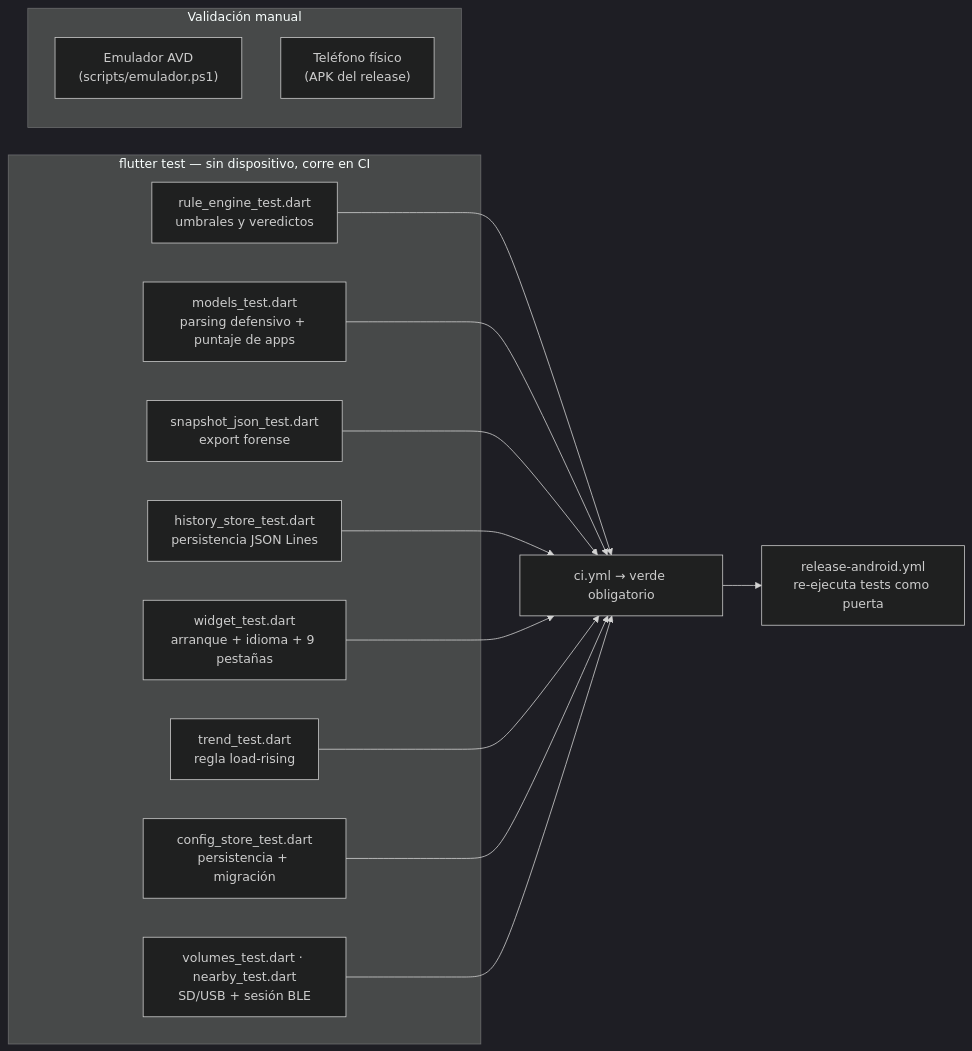
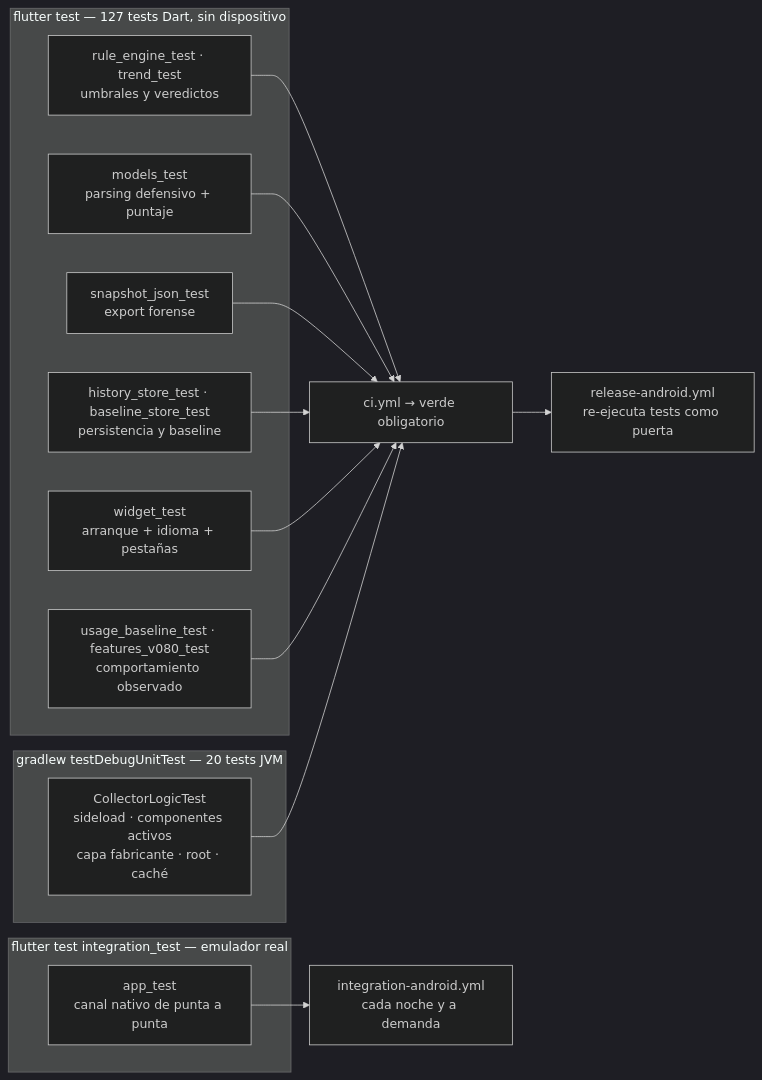
The diagram in docs/TESTING.md (vladimiracunadev-create/rootcause-mobile-inspector), drawn with Mermaid (dark theme) before and after one commit. The commit also changed other lines of this file and 45 other files, not shown here.

````diff
--- a/docs/TESTING.md
+++ b/docs/TESTING.md
@@ -5,19 +5,21 @@
 ```mermaid
 flowchart LR
-    subgraph JVM["flutter test — sin dispositivo, corre en CI"]
-        T1["rule_engine_test.dart<br/>umbrales y veredictos"]
-        T2["models_test.dart<br/>parsing defensivo + puntaje de apps"]
-        T3["snapshot_json_test.dart<br/>export forense"]
-        T4["history_store_test.dart<br/>persistencia JSON Lines"]
-        T5["widget_test.dart<br/>arranque + idioma + 9 pestañas"]
-        T6["trend_test.dart<br/>regla load-rising"]
-        T7["config_store_test.dart<br/>persistencia + migración"]
-        T8["volumes_test.dart · nearby_test.dart<br/>SD/USB + sesión BLE"]
+    subgraph DART["flutter test — 127 tests Dart, sin dispositivo"]
+        T1["rule_engine_test · trend_test<br/>umbrales y veredictos"]
+        T2["models_test<br/>parsing defensivo + puntaje"]
+        T3["snapshot_json_test<br/>export forense"]
+        T4["history_store_test · baseline_store_test<br/>persistencia y baseline"]
+        T5["widget_test<br/>arranque + idioma + pestañas"]
+        T6["usage_baseline_test · features_v080_test<br/>comportamiento observado"]
     end
-    subgraph MANUAL["Validación manual"]
-        E["Emulador AVD<br/>(scripts/emulador.ps1)"]
-        F["Teléfono físico<br/>(APK del release)"]
+    subgraph KOTLIN["gradlew testDebugUnitTest — 20 tests JVM"]
+        K1["CollectorLogicTest<br/>sideload · componentes activos<br/>capa fabricante · root · caché"]
     end
-    T1 & T2 & T3 & T4 & T5 & T6 & T7 & T8 --> CI["ci.yml → verde obligatorio"]
+    subgraph EMU["flutter test integration_test — emulador real"]
+        I1["app_test<br/>canal nativo de punta a punta"]
+    end
+    T1 & T2 & T3 & T4 & T5 & T6 --> CI["ci.yml → verde obligatorio"]
+    K1 --> CI
+    I1 --> NIGHT["integration-android.yml<br/>cada noche y a demanda"]
     CI --> REL["release-android.yml<br/>re-ejecuta tests como puerta"]
 ```
````
